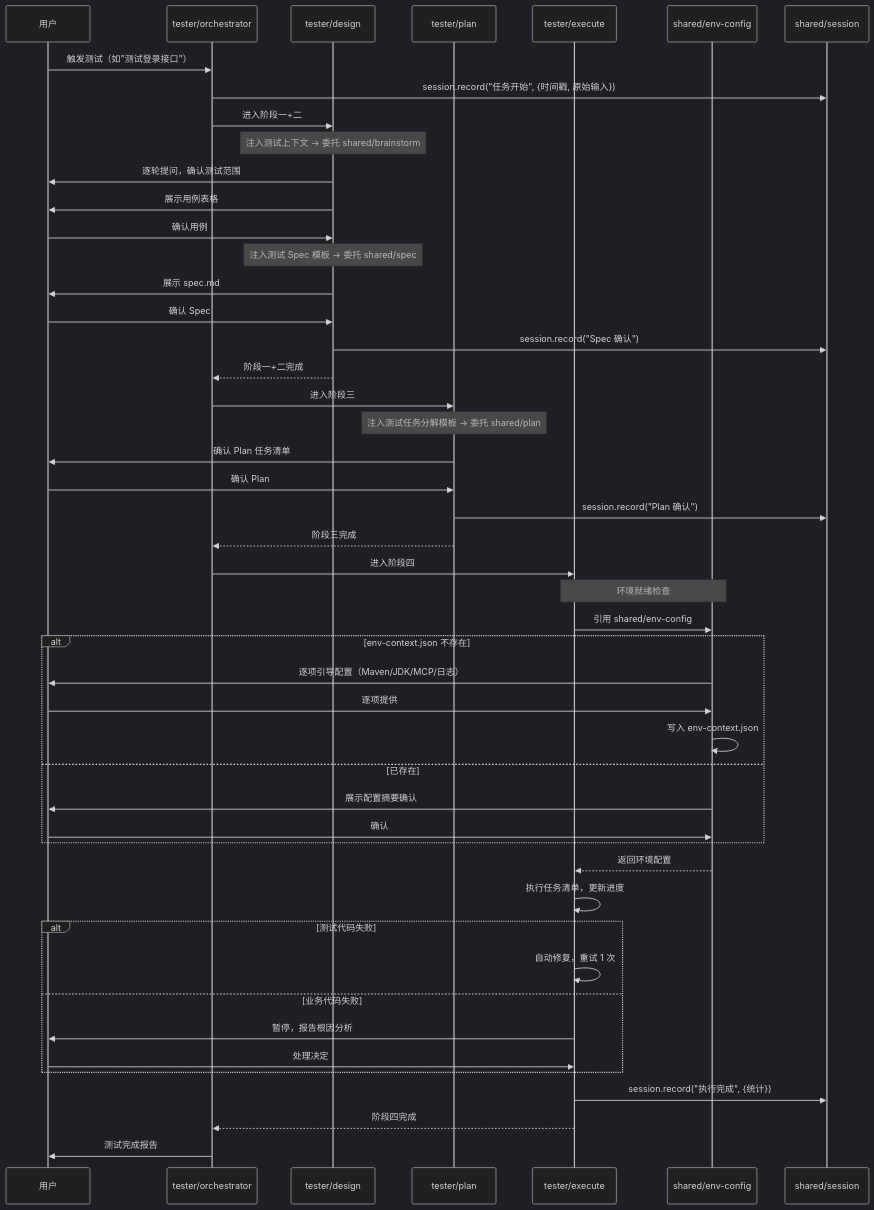
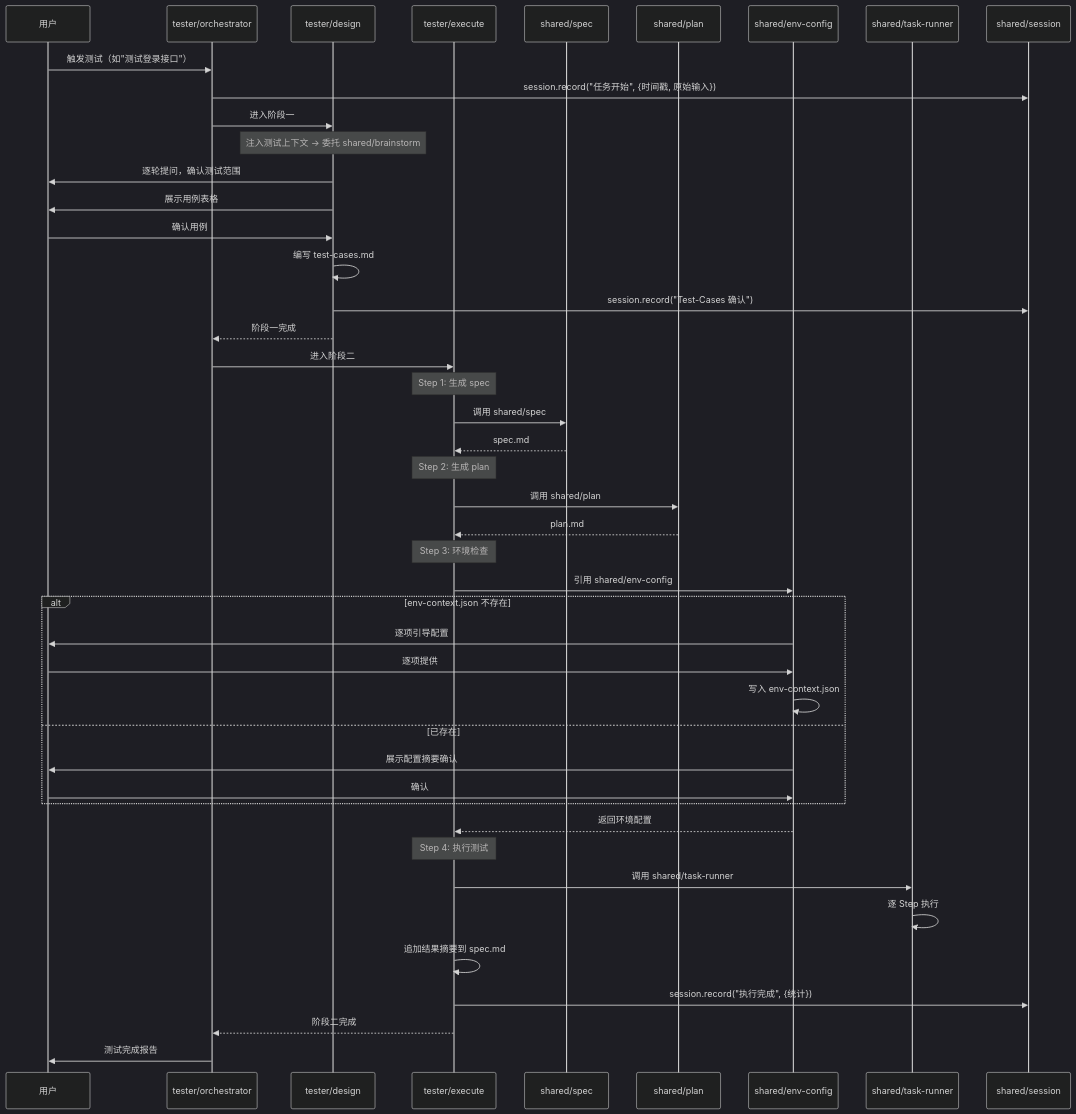
Before and after one commit to zion2019/superpowers: the fifth of 5 diagrams in z-powers/design.md, drawn with Mermaid (dark theme). The commit also changed other lines of this file and 4 other files, not shown here.

````diff
--- a/z-powers/design.md
+++ b/z-powers/design.md
@@ -502,61 +493,56 @@
 ```mermaid
 sequenceDiagram
     participant User as 用户
     participant O as tester/orchestrator
     participant D as tester/design
-    participant P as tester/plan
     participant E as tester/execute
+    participant SP as shared/spec
+    participant PL as shared/plan
     participant EC as shared/env-config
+    participant TR as shared/task-runner
     participant S as shared/session
 
     User->>O: 触发测试（如"测试登录接口"）
     O->>S: session.record("任务开始", {时间戳, 原始输入})
-    O->>D: 进入阶段一+二
+    O->>D: 进入阶段一
 
     Note over D: 注入测试上下文 → 委托 shared/brainstorm
     D->>User: 逐轮提问，确认测试范围
     D->>User: 展示用例表格
     User->>D: 确认用例
 
-    Note over D: 注入测试 Spec 模板 → 委托 shared/spec
-    D->>User: 展示 spec.md
-    User->>D: 确认 Spec
+    D->>D: 编写 test-cases.md
+    D->>S: session.record("Test-Cases 确认")
+    D-->>O: 阶段一完成
 
-    D->>S: session.record("Spec 确认")
-    D-->>O: 阶段一+二完成
+    O->>E: 进入阶段二
 
-    O->>P: 进入阶段三
+    Note over E: Step 1: 生成 spec
+    E->>SP: 调用 shared/spec
+    SP-->>E: spec.md
 
-    Note over P: 注入测试任务分解模板 → 委托 shared/plan
-    P->>User: 确认 Plan 任务清单
-    User->>P: 确认 Plan
-    P->>S: session.record("Plan 确认")
-    P-->>O: 阶段三完成
+    Note over E: Step 2: 生成 plan
+    E->>PL: 调用 shared/plan
+    PL-->>E: plan.md
 
-    O->>E: 进入阶段四
-
-    Note over E,EC: 环境就绪检查
+    Note over E: Step 3: 环境检查
     E->>EC: 引用 shared/env-config
     alt env-context.json 不存在
-        EC->>User: 逐项引导配置（Maven/JDK/MCP/日志）
+        EC->>User: 逐项引导配置
         User->>EC: 逐项提供
         EC->>EC: 写入 env-context.json
     else 已存在
         EC->>User: 展示配置摘要确认
         User->>EC: 确认
     end
     EC-->>E: 返回环境配置
 
-    E->>E: 执行任务清单，更新进度
+    Note over E: Step 4: 执行测试
+    E->>TR: 调用 shared/task-runner
+    TR->>TR: 逐 Step 执行
 
-    alt 测试代码失败
-        E->>E: 自动修复，重试 1 次
-    else 业务代码失败
-        E->>User: 暂停，报告根因分析
-        User->>E: 处理决定
-    end
-
+    E->>E: 追加结果摘要到 spec.md
     E->>S: session.record("执行完成", {统计})
-    E-->>O: 阶段四完成
+    E-->>O: 阶段二完成
     O->>User: 测试完成报告
 ```
````
